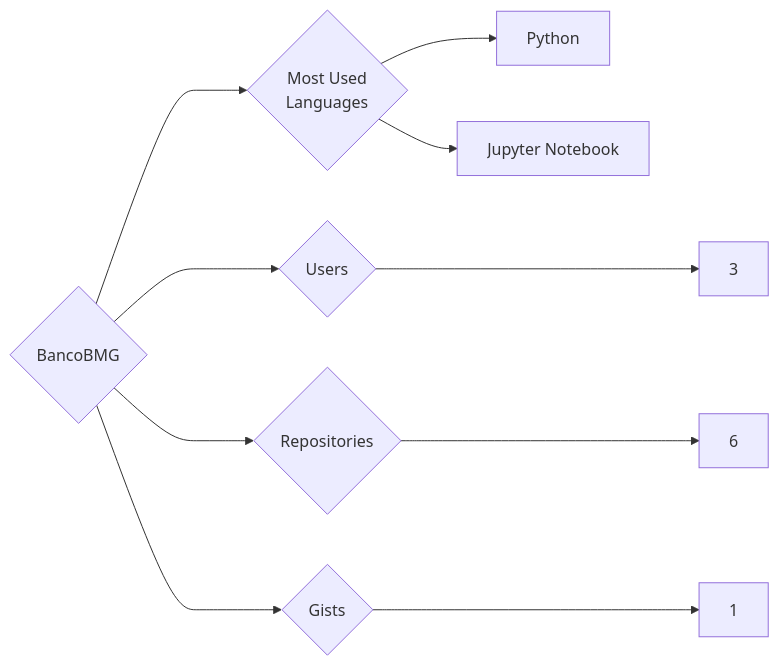
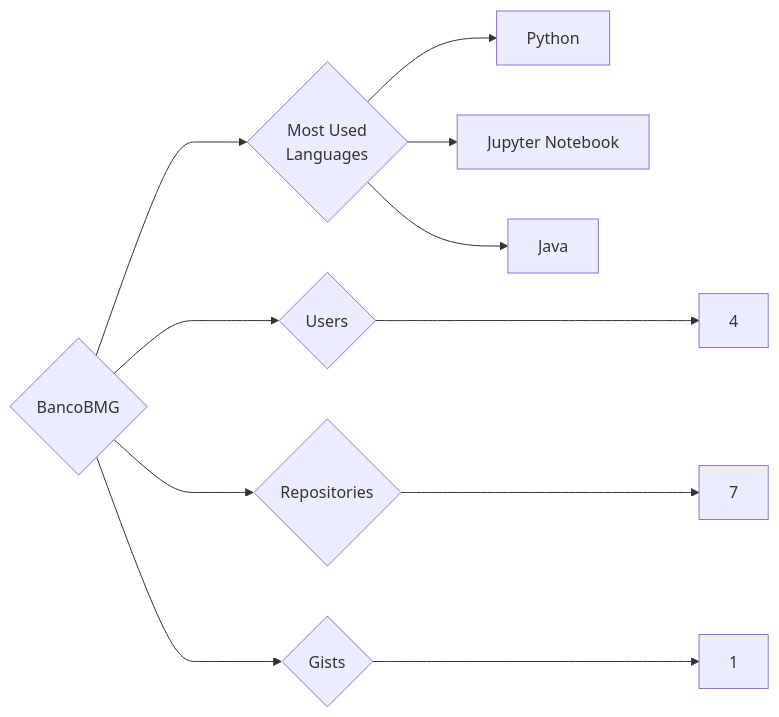
The diagram in targets/BancoBMG/README.md (trickest/insiders), drawn with Mermaid before and after one commit. The commit also changed 1030 other files, not shown here.

````diff
--- a/targets/BancoBMG/README.md
+++ b/targets/BancoBMG/README.md
@@ -3,10 +3,11 @@
 ```mermaid
 graph LR
 COMPANY_NAME{BancoBMG}
-COMPANY_NAME ---> U{Users} ---> UN[3]
-COMPANY_NAME ---> R{Repositories} ---> RN[6]
+COMPANY_NAME ---> U{Users} ---> UN[4]
+COMPANY_NAME ---> R{Repositories} ---> RN[7]
 COMPANY_NAME ---> G{Gists} ---> GN[1]
 COMPANY_NAME ---> ML{Most Used<br>Languages}
 ML --> Python[Python]
 ML --> Jupyter_Notebook[Jupyter Notebook]
+ML --> Java[Java]
 ```
````
